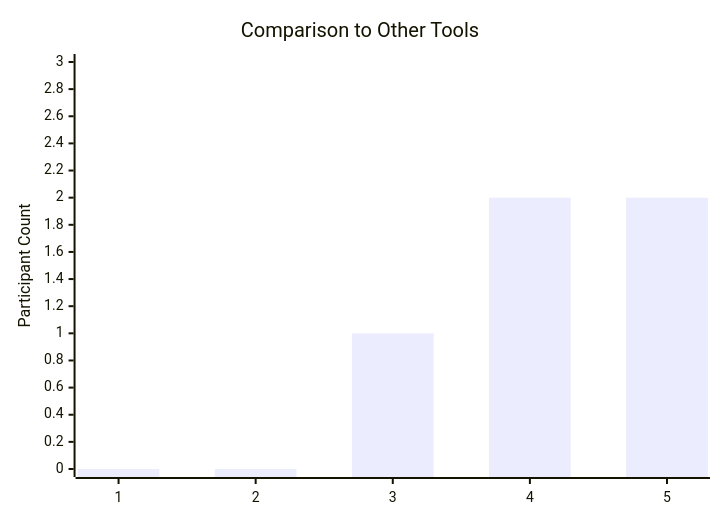
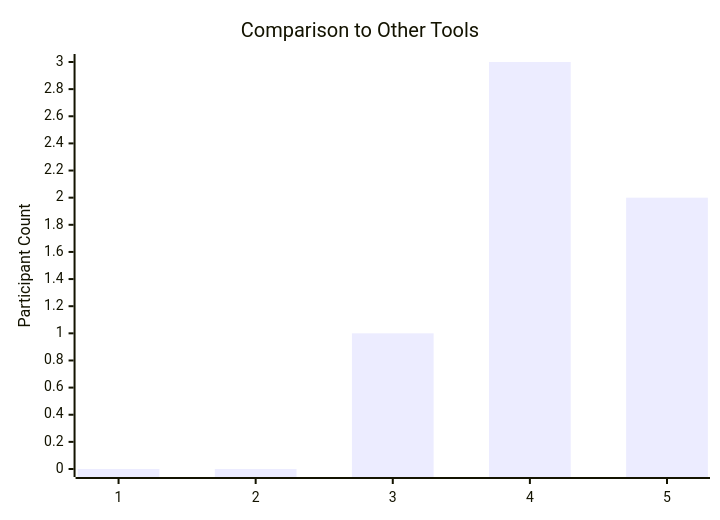
Before and after one commit to anonym-evalpro/EvalPro: diagram 14 of 15 in Search/README.md, drawn with Mermaid. The commit also changed other lines of this file and 1 other file, not shown here.

````diff
--- a/Search/README.md
+++ b/Search/README.md
@@ -168,7 +168,7 @@
        ```mermaid
         xychart-beta
         title "Comparison to Other Tools"
         x-axis ["1", "2", "3", "4", "5"]
         y-axis "Participant Count" 0 --> 3
-        bar [0, 0, 1, 2, 2]
+        bar [0, 0, 1, 3, 2]
        ```
````
